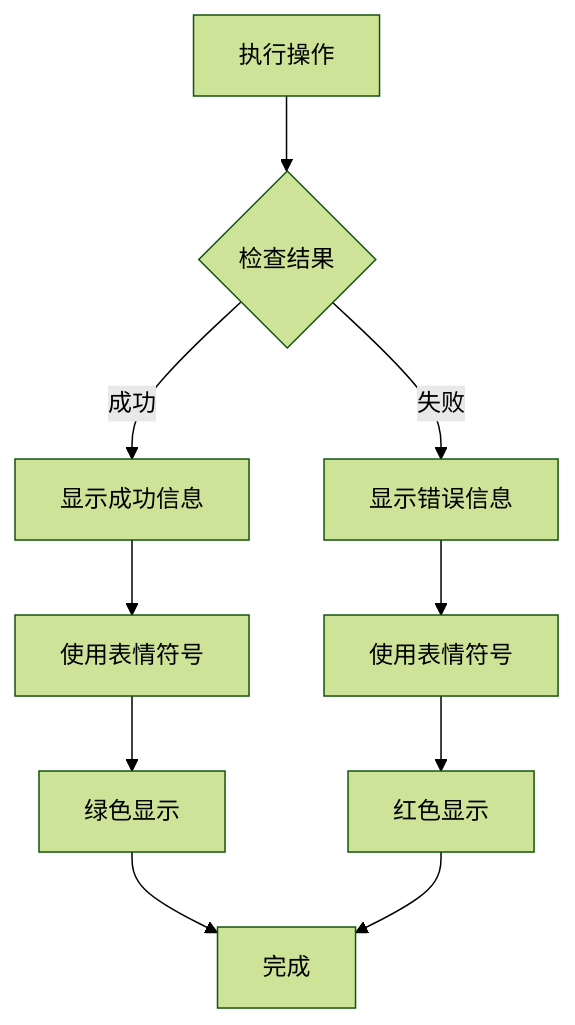
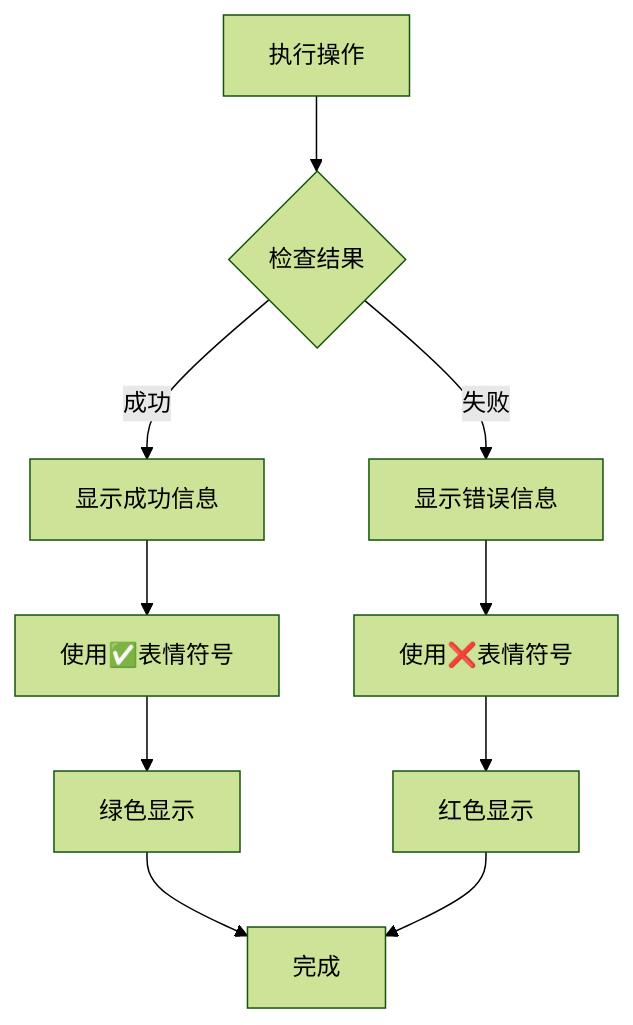
Before and after one commit to jinpeng900/OJ-Test: the tenth of 12 diagrams in .qoder/repowiki/zh/content/界面交互与美化.md, drawn with Mermaid (forest theme). The commit also changed other lines of this file and 44 other files, not shown here.

````diff
--- a/.qoder/repowiki/zh/content/界面交互与美化.md
+++ b/.qoder/repowiki/zh/content/界面交互与美化.md
@@ -403,12 +438,12 @@
 ```mermaid
 flowchart TD
 Operation[执行操作] --> CheckResult{检查结果}
 CheckResult --> |成功| ShowSuccess[显示成功信息]
 CheckResult --> |失败| ShowError[显示错误信息]
-ShowSuccess --> UseEmoji[使用表情符号]
-ShowError --> UseEmoji2[使用表情符号]
+ShowSuccess --> UseEmoji[使用✅表情符号]
+ShowError --> UseEmoji2[使用❌表情符号]
 UseEmoji --> GreenColor[绿色显示]
 UseEmoji2 --> RedColor[红色显示]
 GreenColor --> End[完成]
 RedColor --> End
 ```
````
